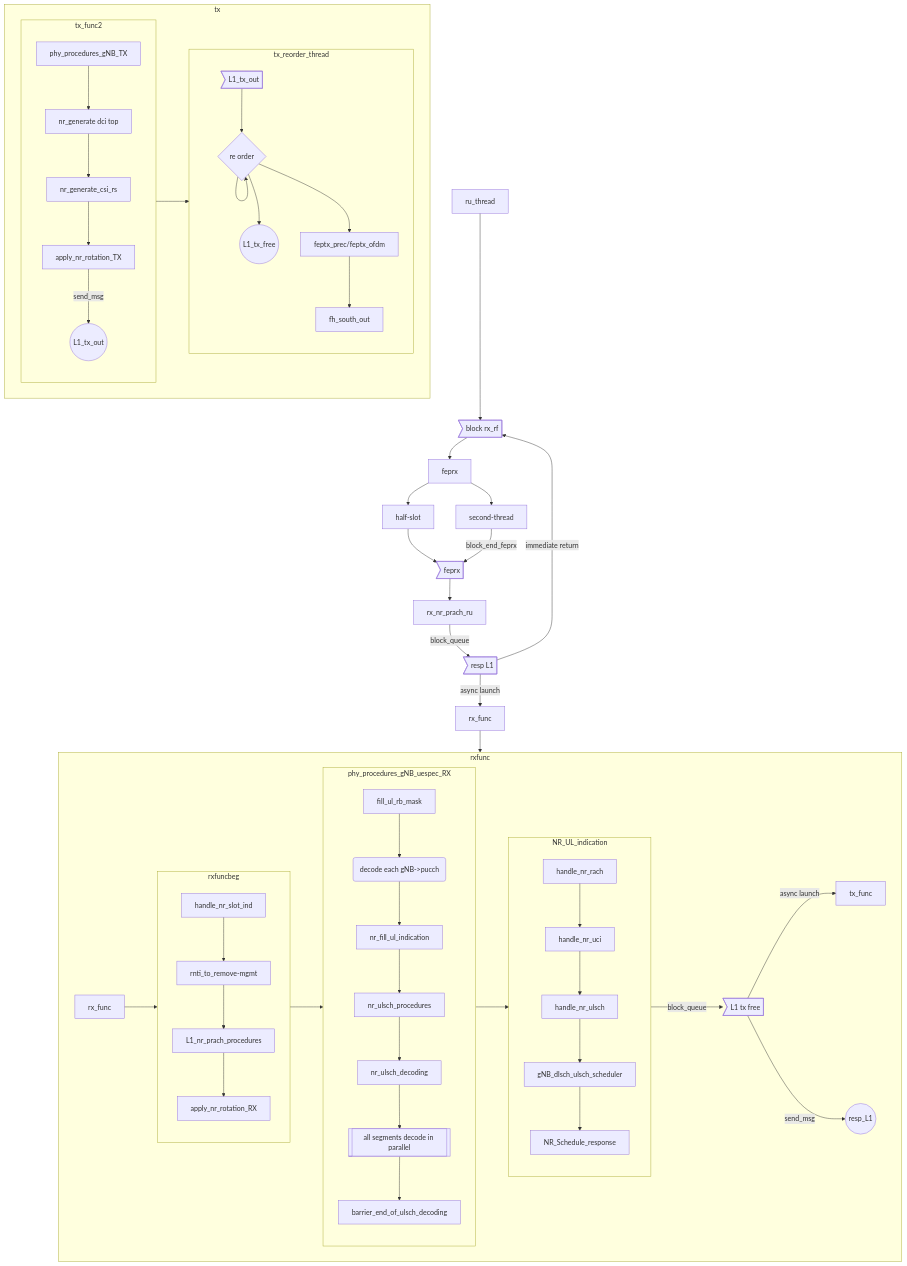
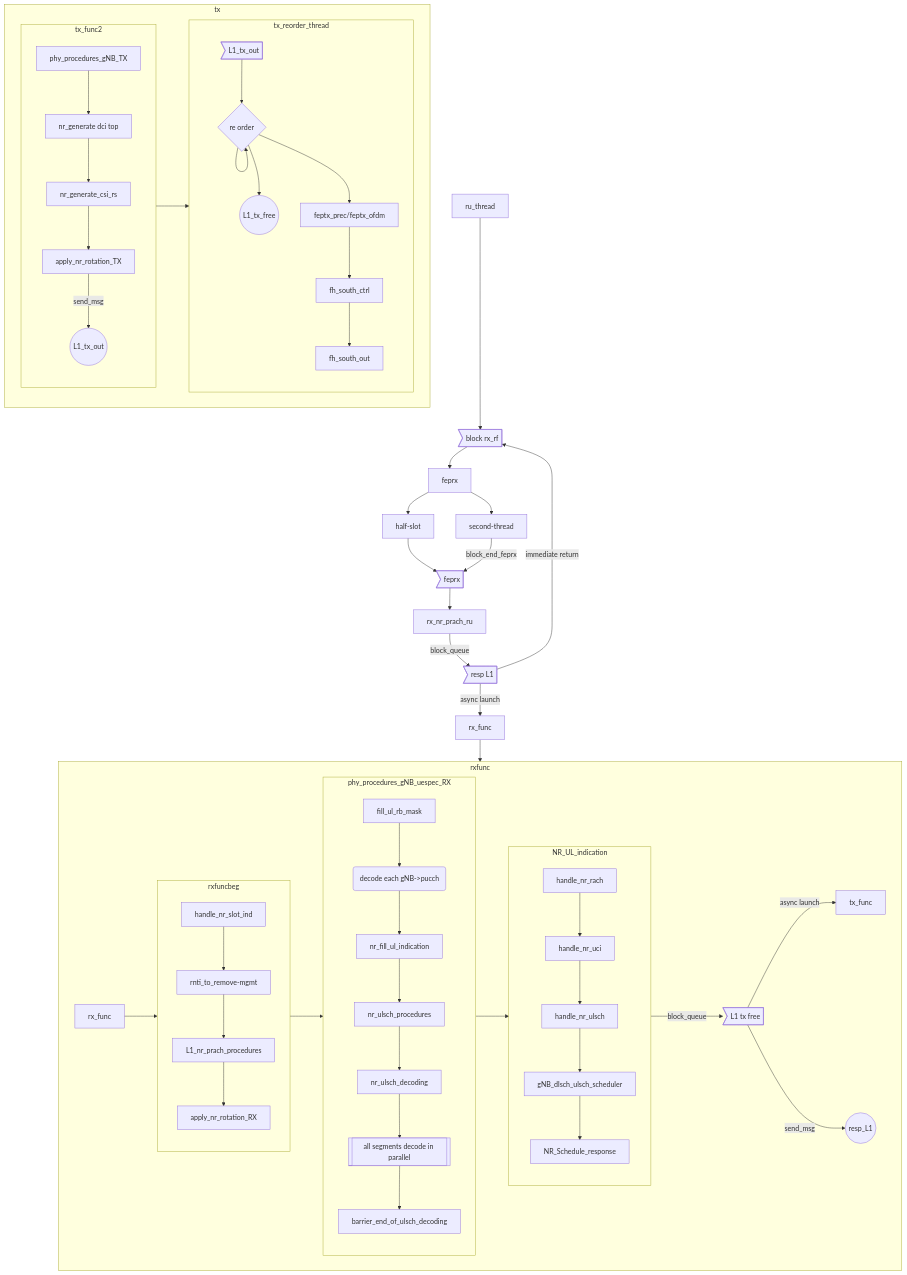
The first of 3 diagrams in doc/SW_archi.md (OPENAIRINTERFACE/openairinterface5g), drawn with Mermaid before and after one commit. The commit also changed 6 other files, not shown here.

First line of the commit message:
Introduce `fh_south_ctrl` in RU_t as beam API

````diff
--- a/doc/SW_archi.md
+++ b/doc/SW_archi.md
@@ -4,63 +4,63 @@
 ```mermaid
 flowchart TB
     A[ru_thread] --> RFin>block rx_rf] --> feprx
     feprx --> half-slot --> end_feprx
     feprx --> second-thread -- block_end_feprx --> end_feprx>feprx]
     end_feprx --> rx_nr_prach_ru
 rx_nr_prach_ru -- block_queue --> resp_L1>resp L1]
 resp_L1 -- async launch --> rx_func
 resp_L1 -- immediate return --> RFin
 
 subgraph rxfunc
 rx_func_implem[rx_func] 
     subgraph rxfuncbeg
       handle_nr_slot_ind
       --> rnti_to_remove-mgmt
       --> L1_nr_prach_procedures
       --> apply_nr_rotation_RX
     end 
     subgraph phy_procedures_gNB_uespec_RX
       fill_ul_rb_mask
       --> pucch(decode each gNB->pucch)
       -->nr_fill_ul_indication
       --> nr_ulsch_procedures
       --> nr_ulsch_decoding
       --> segInParallel[[all segments decode in parallel]]
       --> barrier_end_of_ulsch_decoding
     end 
     subgraph NR_UL_indication
       handle_nr_rach
       --> handle_nr_uci
       --> handle_nr_ulsch
       --> gNB_dlsch_ulsch_scheduler
       --> NR_Schedule_response
     end 
     rx_func_implem --> rxfuncbeg
     rxfuncbeg --> phy_procedures_gNB_uespec_RX
 phy_procedures_gNB_uespec_RX --> NR_UL_indication
 -- block_queue --> L1_tx_free2>L1 tx free]
 -- async launch --> tx_func
 L1_tx_free2 -- send_msg --> rsp((resp_L1))
 end 
 rx_func --> rxfunc
 
 
 subgraph tx
     direction LR
     subgraph tx_func2
        phy_procedures_gNB_TX
        --> dcitop[nr_generate dci top]
        --> nr_generate_csi_rs
        --> apply_nr_rotation_TX
        -- send_msg --> end_tx_func((L1_tx_out))
     end
     subgraph tx_reorder_thread
         L1_tx_out>L1_tx_out]
         --> reorder{re order} --> reorder
         reorder --> feptx_prec/feptx_ofdm
         reorder --> L1_tx_free((L1_tx_free))
-        feptx_prec/feptx_ofdm --> fh_south_out
+        feptx_prec/feptx_ofdm --> fh_south_ctrl --> fh_south_out
     end 
     tx_func2 --> tx_reorder_thread
 end
 ```
````
